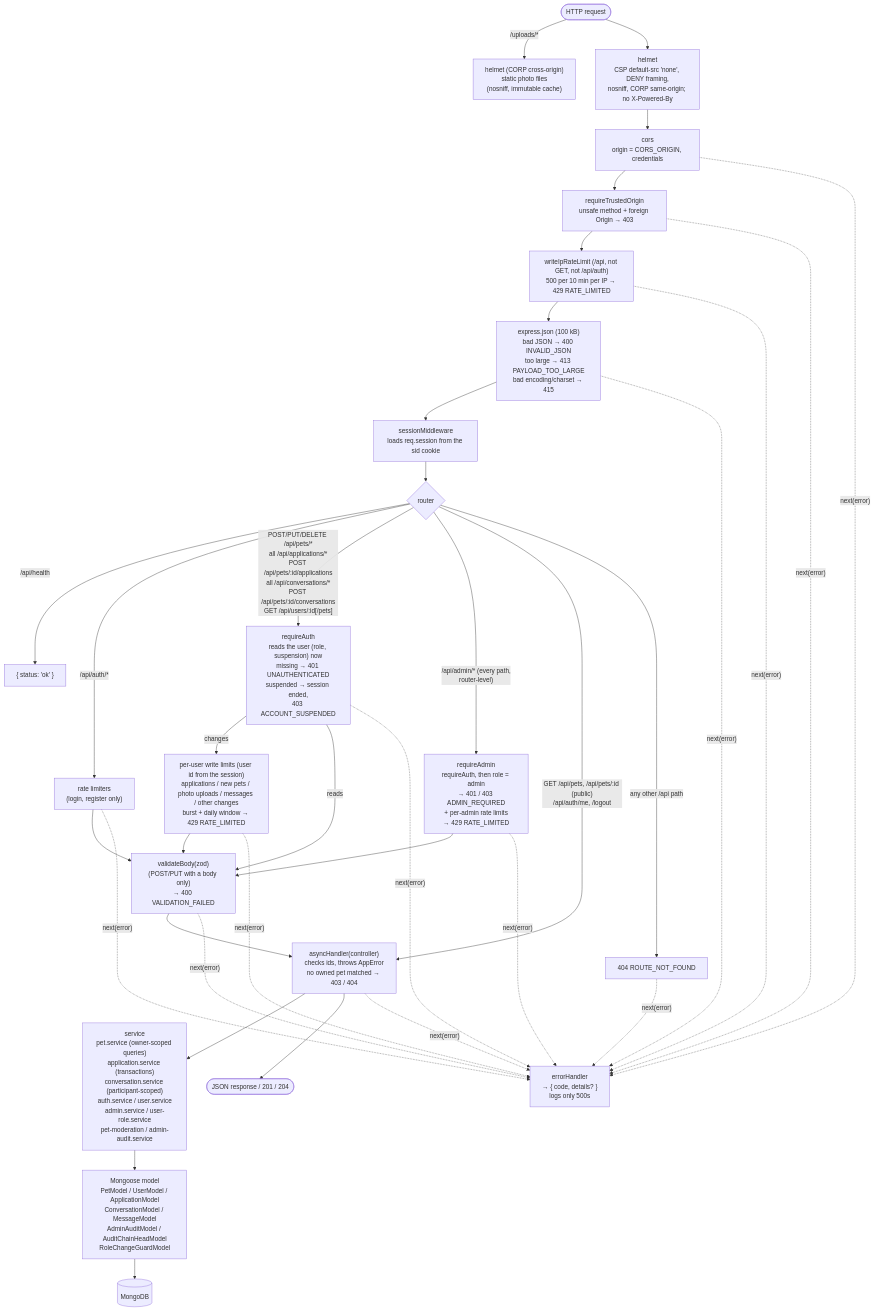
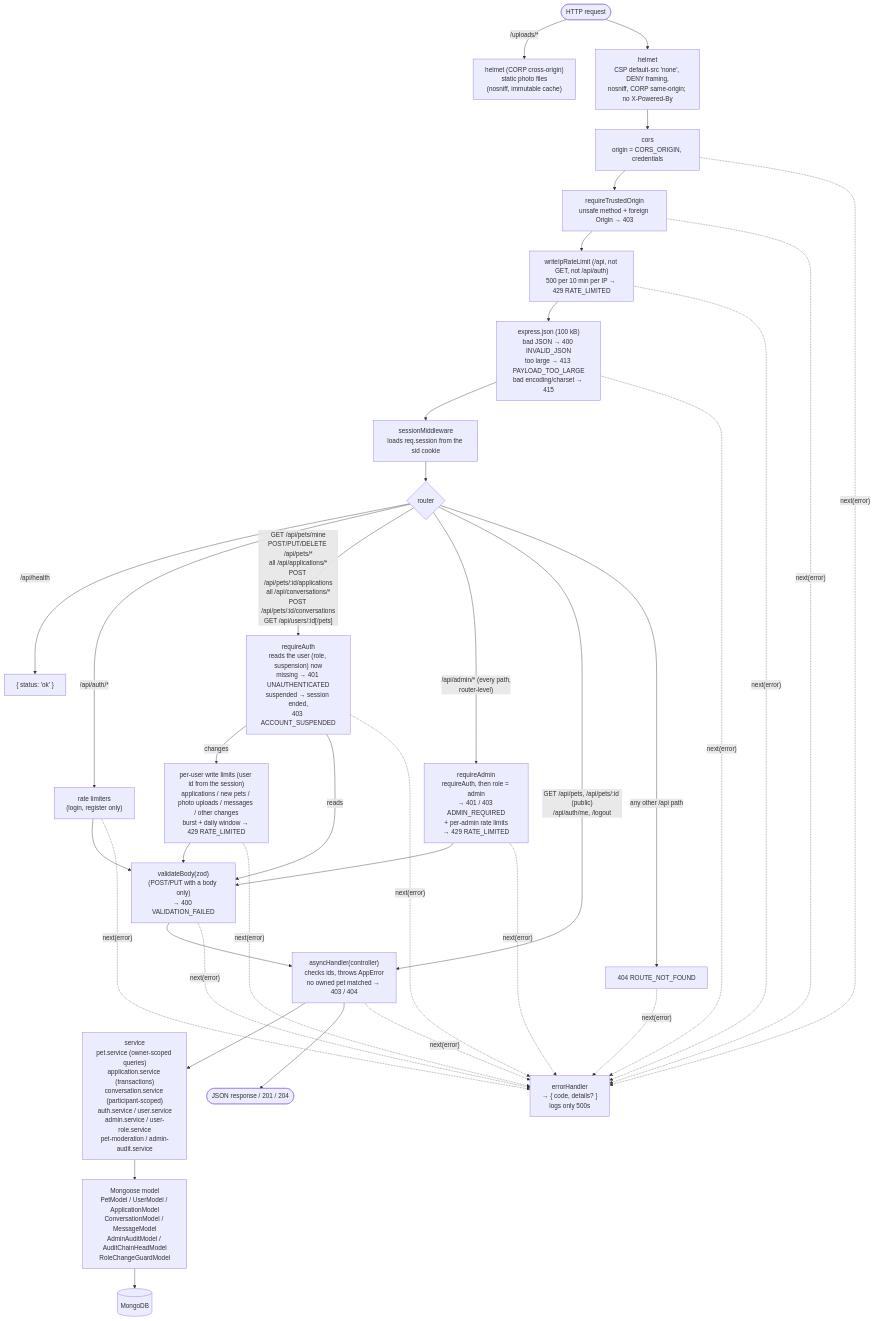
One commit to BojanSovtic/pet-adoption-system changed the third of 13 diagrams in docs/architecture.md. Above: the diagram before and after it, drawn with Mermaid. The commit also changed other lines of this file and 28 other files, not shown here.

First line of the commit message:
feat: My pets page and account menu

````diff
--- a/docs/architecture.md
+++ b/docs/architecture.md
@@ -102,31 +102,31 @@
 ```mermaid
 flowchart TB
   req(["HTTP request"]) -- "/uploads/*" --> files["helmet (CORP cross-origin)<br/>static photo files<br/>(nosniff, immutable cache)"]
   req --> headers["helmet<br/>CSP default-src 'none', DENY framing,<br/>nosniff, CORP same-origin; no X-Powered-By"]
   headers --> cors["cors<br/>origin = CORS_ORIGIN, credentials"]
   cors --> origin["requireTrustedOrigin<br/>unsafe method + foreign Origin → 403"]
   origin --> ipwrite["writeIpRateLimit (/api, not GET, not /api/auth)<br/>500 per 10 min per IP → 429 RATE_LIMITED"]
   ipwrite --> json["express.json (100 kB)<br/>bad JSON → 400 INVALID_JSON<br/>too large → 413 PAYLOAD_TOO_LARGE<br/>bad encoding/charset → 415"]
   json --> session["sessionMiddleware<br/>loads req.session from the sid cookie"]
   session --> router{"router"}
 
   router -- "/api/health" --> health["{ status: 'ok' }"]
   router -- "/api/auth/*" --> rate["rate limiters<br/>(login, register only)"]
-  router -- "POST/PUT/DELETE /api/pets/*<br/>all /api/applications/*<br/>POST /api/pets/:id/applications<br/>all /api/conversations/*<br/>POST /api/pets/:id/conversations<br/>GET /api/users/:id[/pets]" --> auth["requireAuth<br/>reads the user (role, suspension) now<br/>missing → 401 UNAUTHENTICATED<br/>suspended → session ended,<br/>403 ACCOUNT_SUSPENDED"]
+  router -- "GET /api/pets/mine<br/>POST/PUT/DELETE /api/pets/*<br/>all /api/applications/*<br/>POST /api/pets/:id/applications<br/>all /api/conversations/*<br/>POST /api/pets/:id/conversations<br/>GET /api/users/:id[/pets]" --> auth["requireAuth<br/>reads the user (role, suspension) now<br/>missing → 401 UNAUTHENTICATED<br/>suspended → session ended,<br/>403 ACCOUNT_SUSPENDED"]
   auth -- "changes" --> userrate["per-user write limits (user id from the session)<br/>applications / new pets / photo uploads / messages / other changes<br/>burst + daily window → 429 RATE_LIMITED"]
   router -- "/api/admin/* (every path,<br/>router-level)" --> admin["requireAdmin<br/>requireAuth, then role = admin<br/>→ 401 / 403 ADMIN_REQUIRED<br/>+ per-admin rate limits<br/>→ 429 RATE_LIMITED"]
   router -- "GET /api/pets, /api/pets/:id (public)<br/>/api/auth/me, /logout" --> controller
   router -- "any other /api path" --> notfound["404 ROUTE_NOT_FOUND"]
 
   rate --> validate["validateBody(zod)<br/>(POST/PUT with a body only)<br/>→ 400 VALIDATION_FAILED"]
   auth -- "reads" --> validate
   userrate --> validate
   admin --> validate
   validate --> controller["asyncHandler(controller)<br/>checks ids, throws AppError<br/>no owned pet matched → 403 / 404"]
   controller --> service["service<br/>pet.service (owner-scoped queries)<br/>application.service (transactions)<br/>conversation.service (participant-scoped)<br/>auth.service / user.service<br/>admin.service / user-role.service<br/>pet-moderation / admin-audit.service"]
   service --> model["Mongoose model<br/>PetModel / UserModel / ApplicationModel<br/>ConversationModel / MessageModel<br/>AdminAuditModel / AuditChainHeadModel<br/>RoleChangeGuardModel"]
   model --> db[("MongoDB")]
   controller --> ok(["JSON response / 201 / 204"])
 
   cors & origin & ipwrite & json & rate & auth & userrate & admin & validate & controller & notfound -. "next(error)" .-> handler["errorHandler<br/>→ { code, details? }<br/>logs only 500s"]
 ```
````
